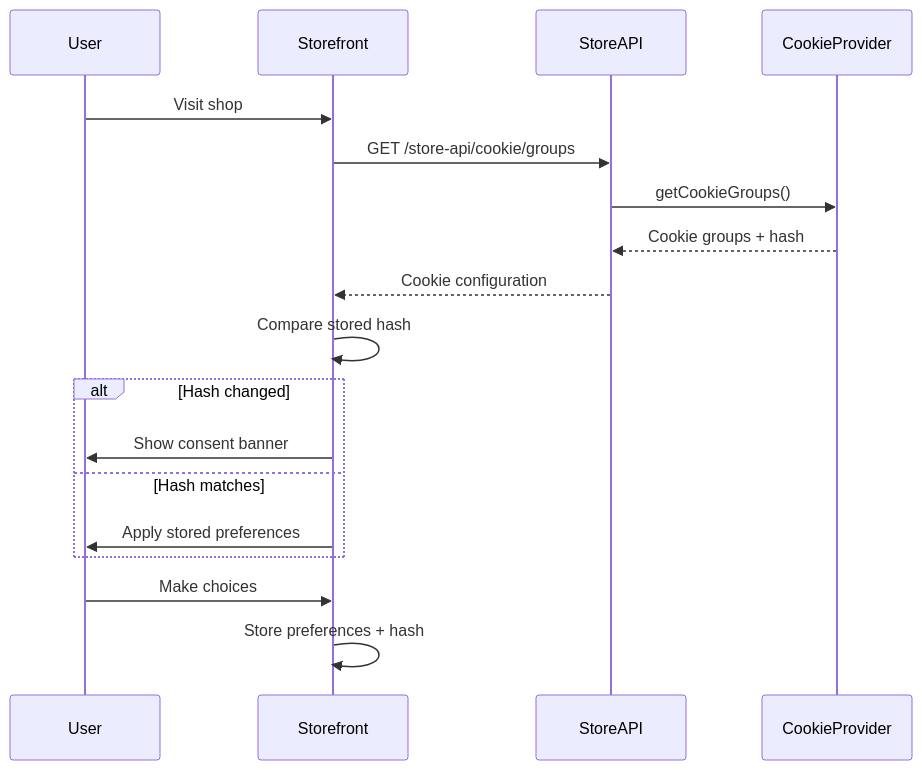
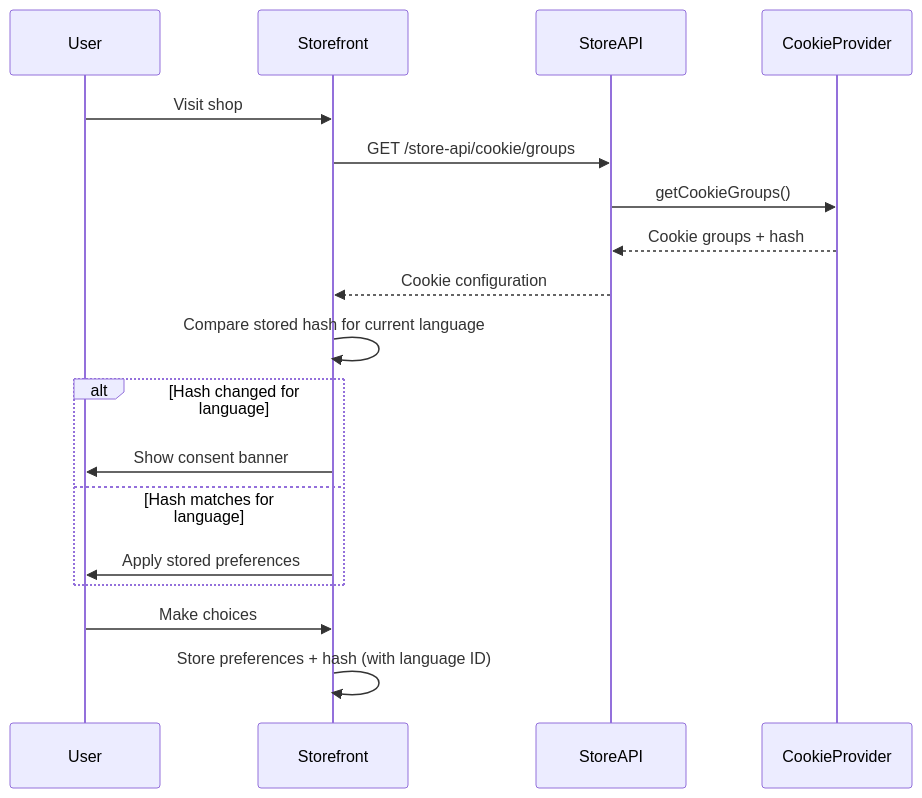
Before and after one commit to shopware/docs: the diagram in concepts/commerce/content/cookie-consent-management.md, drawn with Mermaid. The commit also changed other lines of this file and 1 other file, not shown here.

First line of the commit message:
feat: update cookie hash for current language (#2076)

````diff
--- a/concepts/commerce/content/cookie-consent-management.md
+++ b/concepts/commerce/content/cookie-consent-management.md
@@ -33,21 +33,21 @@
 ```mermaid
 sequenceDiagram
     participant User
     participant Storefront
     participant StoreAPI
     participant CookieProvider
 
     User->>Storefront: Visit shop
     Storefront->>StoreAPI: GET /store-api/cookie/groups
     StoreAPI->>CookieProvider: getCookieGroups()
     CookieProvider-->>StoreAPI: Cookie groups + hash
     StoreAPI-->>Storefront: Cookie configuration
-    Storefront->>Storefront: Compare stored hash
-    alt Hash changed
+    Storefront->>Storefront: Compare stored hash for current language
+    alt Hash changed for language
         Storefront->>User: Show consent banner
-    else Hash matches
+    else Hash matches for language
         Storefront->>User: Apply stored preferences
     end
     User->>Storefront: Make choices
-    Storefront->>Storefront: Store preferences + hash
+    Storefront->>Storefront: Store preferences + hash (with language ID)
 ```
````
